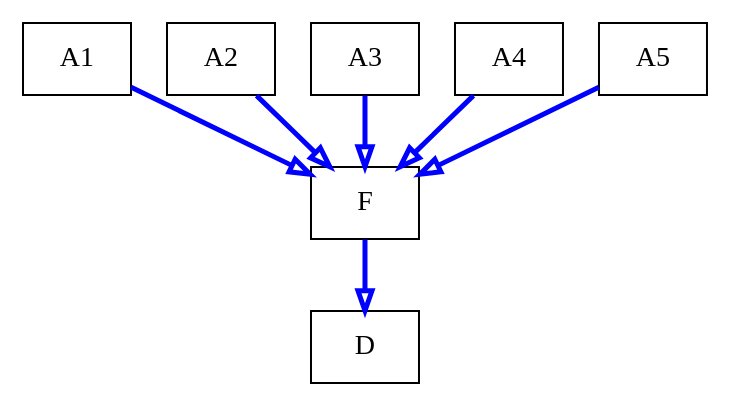
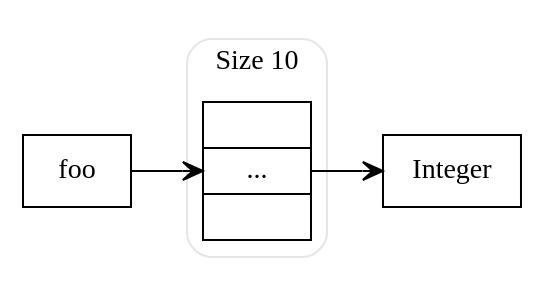
Before and after one commit to RaviWoods/cpp-analysis-for-education: the diagram in Implementation/prototypes/graphviz_picture_tests/test.dot, drawn with Graphviz. The commit also changed 33 other files, not shown here.

```diff
--- a/Implementation/prototypes/graphviz_picture_tests/test.dot
+++ b/Implementation/prototypes/graphviz_picture_tests/test.dot
@@ -1,8 +1,17 @@
 digraph G {
+    rankdir=LR;
+    edge[arrowhead="open",penwidth= "1"];
+    node [shape=box];
+    1 [label="foo"];
 
-    edge[arrowhead="onormal",color=Blue, penwidth ="2.5"]
-    node [shape=box]
-
-    {A1,A2,A3,A4,A5,A2} -> F -> D
-
+    subgraph cluster2 {
+        color=grey90;
+        style=rounded;
+        2 [label = "<f0>| <f1>...| <f2>";
+        shape = "record"];
+        label = "Size 10";
+    }
+    3[label="Integer"];
+    1 -> 2;
+    2 -> 3;
 }
```
